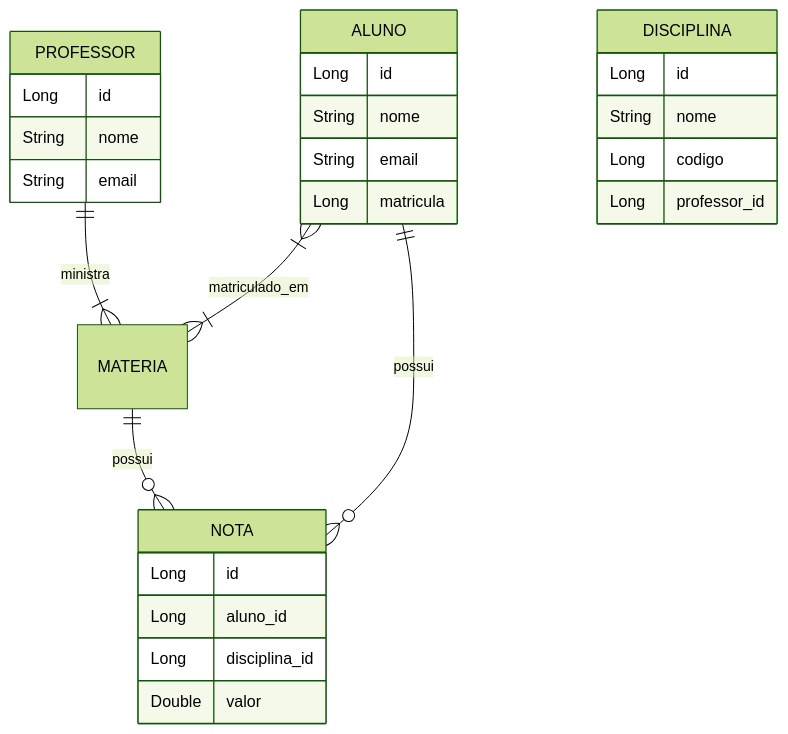
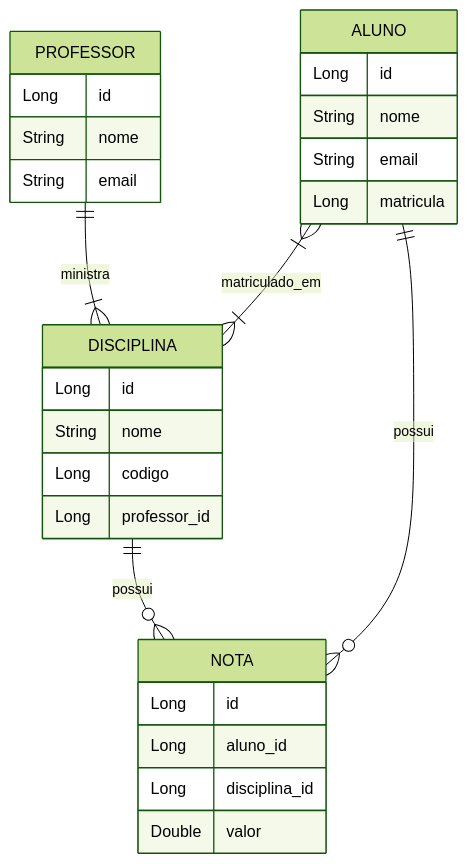
The diagram in README.md (MrVictor42/entrevista-Flaviana), drawn with Mermaid (forest theme) before and after one commit. The commit also changed other lines of this file and 12 other files, not shown here.

````diff
--- a/README.md
+++ b/README.md
@@ -149,35 +149,35 @@
 ```mermaid
 erDiagram
 
-    PROFESSOR ||--|{ MATERIA : ministra
-    ALUNO }|--|{ MATERIA : matriculado_em
+    PROFESSOR ||--|{ DISCIPLINA : ministra
+    ALUNO }|--|{ DISCIPLINA : matriculado_em
     ALUNO ||--o{ NOTA : possui
-    MATERIA ||--o{ NOTA : possui
+    DISCIPLINA ||--o{ NOTA : possui
 
     PROFESSOR {
         Long id
         String nome
         String email
     }
 
     ALUNO {
         Long id
         String nome
         String email
         Long matricula
     }
 
     DISCIPLINA {
         Long id
         String nome
         Long codigo
         Long professor_id
     }
 
     NOTA {
         Long id
         Long aluno_id
         Long disciplina_id
         Double valor
     }
 ```
````
